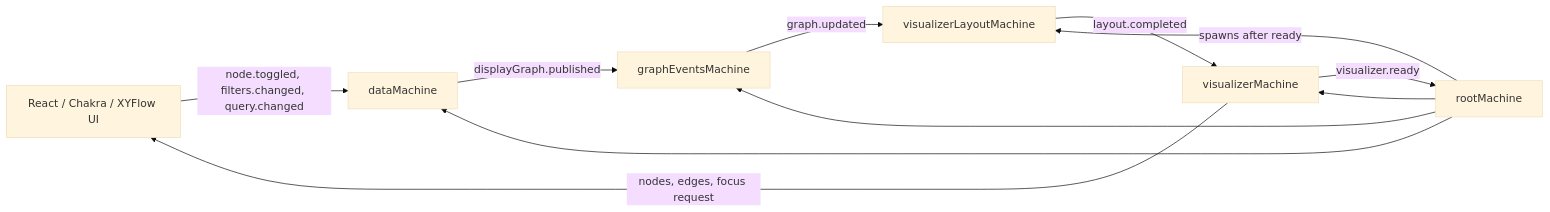
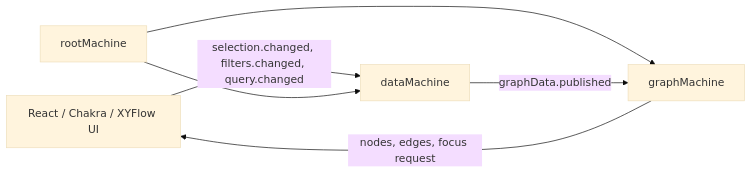
The diagram in src/app/spectrum/s2-visualizer/module/README.md (peterjaberau/playground-dependencies-viewer), drawn with Mermaid (base theme) before and after one commit. The commit also changed other lines of this file and 14 other files, not shown here.

````diff
--- a/src/app/spectrum/s2-visualizer/module/README.md
+++ b/src/app/spectrum/s2-visualizer/module/README.md
@@ -9,20 +9,13 @@
 ```mermaid
 flowchart LR
   UI[React / Chakra / XYFlow UI]
   Root[rootMachine]
   Data[dataMachine]
-  Events[graphEventsMachine]
-  Visualizer[visualizerMachine]
-  Layout[visualizerLayoutMachine]
+  Graph[graphMachine]
 
-  UI -->|node.toggled, filters.changed, query.changed| Data
+  UI -->|selection.changed, filters.changed, query.changed| Data
   Root --> Data
-  Root --> Events
-  Root --> Visualizer
-  Visualizer -->|visualizer.ready| Root
-  Root -->|spawns after ready| Layout
-  Data -->|displayGraph.published| Events
-  Events -->|graph.updated| Layout
-  Layout -->|layout.completed| Visualizer
-  Visualizer -->|nodes, edges, focus request| UI
+  Root --> Graph
+  Data -->|graphData.published| Graph
+  Graph -->|nodes, edges, focus request| UI
 ```
````
